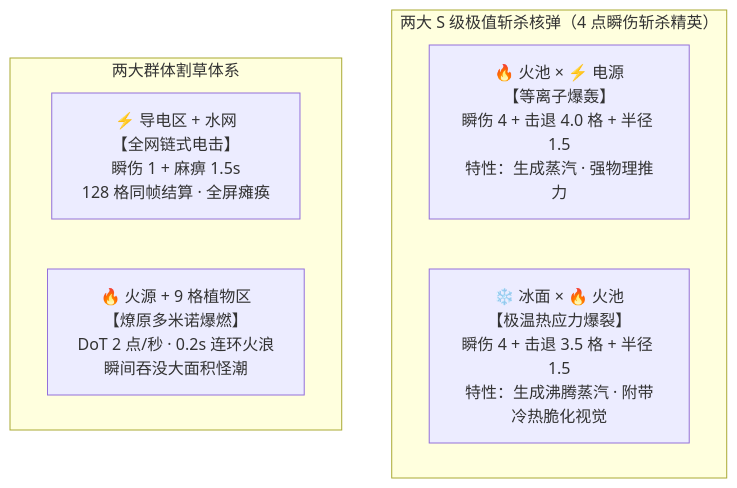
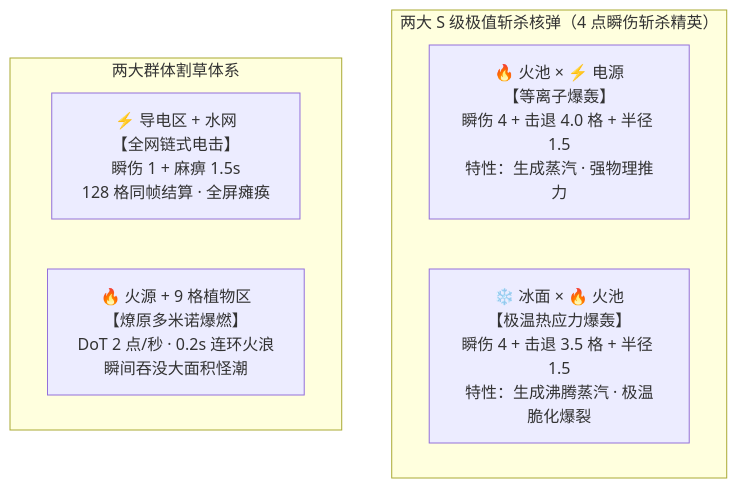
One commit to 5FYZhou/deepseaoil changed the first of 3 diagrams in Docs/设计/《荒原复苏指南》关卡与战斗新设计.md. Above: the diagram before and after it, drawn with Mermaid. The commit also changed other lines of this file and 7 other files, not shown here.

````diff
--- a/Docs/设计/《荒原复苏指南》关卡与战斗新设计.md
+++ b/Docs/设计/《荒原复苏指南》关卡与战斗新设计.md
@@ -10,12 +18,12 @@
 ```mermaid
 flowchart TD
     subgraph S_Class_Burst [两大 S 级极值斩杀核弹（4 点瞬伤斩杀精英）]
         Duo_FireElec["🔥 火池 × ⚡ 电源<br/>【等离子爆轰】<br/>瞬伤 4 + 击退 4.0 格 + 半径 1.5<br/>特性：生成蒸汽 · 强物理推力"]
-        Duo_IceFire["❄️ 冰面 × 🔥 火池<br/>【极温热应力爆裂】<br/>瞬伤 4 + 击退 3.5 格 + 半径 1.5<br/>特性：生成沸腾蒸汽 · 附带冷热脆化视觉"]
+        Duo_IceFire["❄️ 冰面 × 🔥 火池<br/>【极温热应力爆轰】<br/>瞬伤 4 + 击退 3.5 格 + 半径 1.5<br/>特性：生成沸腾蒸汽 · 极温脆化爆裂"]
     end
 
     subgraph AoE_Clear [两大群体割草体系]
         Chain_Shock["⚡ 导电区 + 水网<br/>【全网链式电击】<br/>瞬伤 1 + 麻痹 1.5s<br/>128 格同帧结算 · 全屏瘫痪"]
         Flame_Field["🔥 火源 + 9 格植物区<br/>【燎原多米诺爆燃】<br/>DoT 2 点/秒 · 0.2s 连环火浪<br/>瞬间吞没大面积怪潮"]
     end
 ```
````
